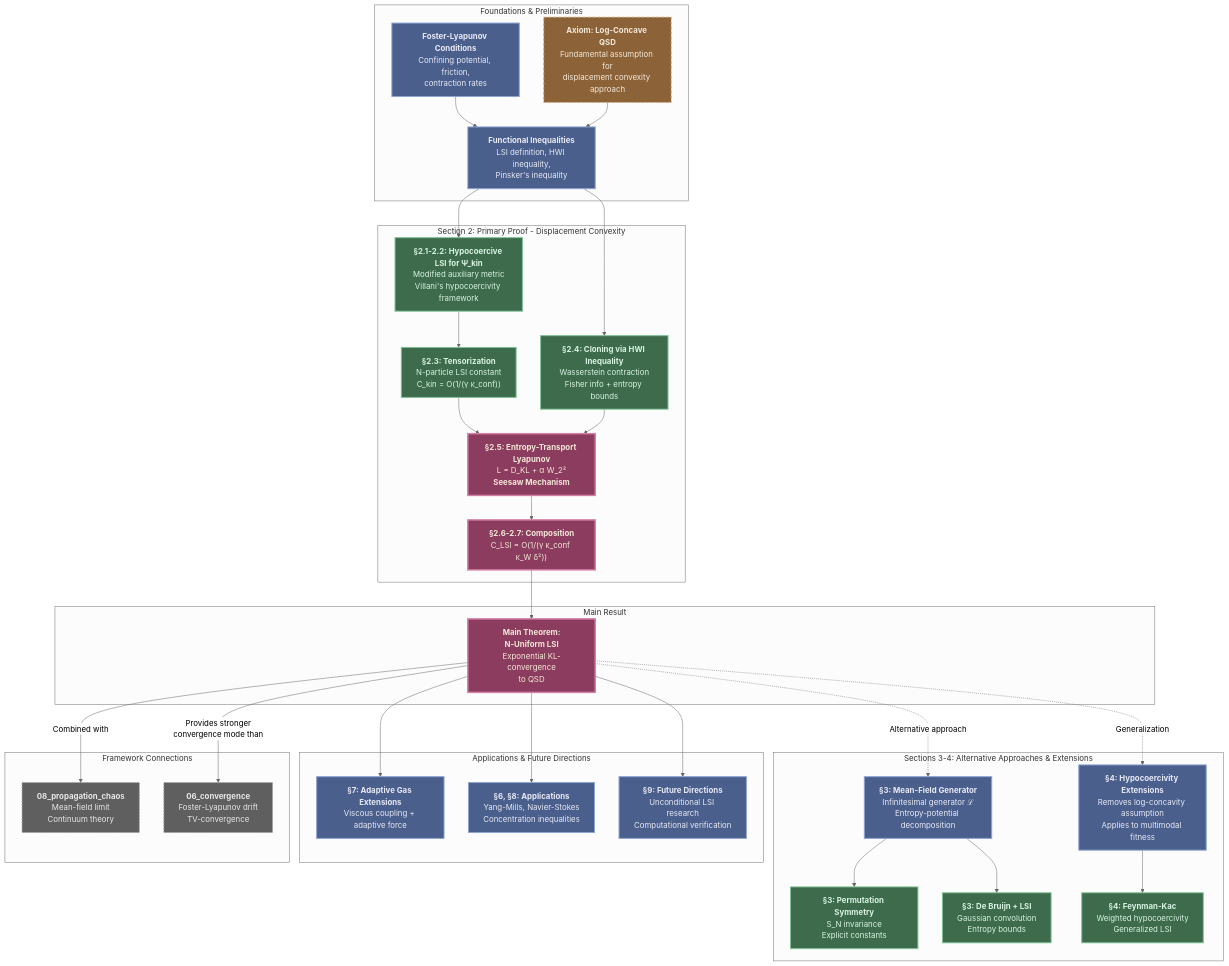
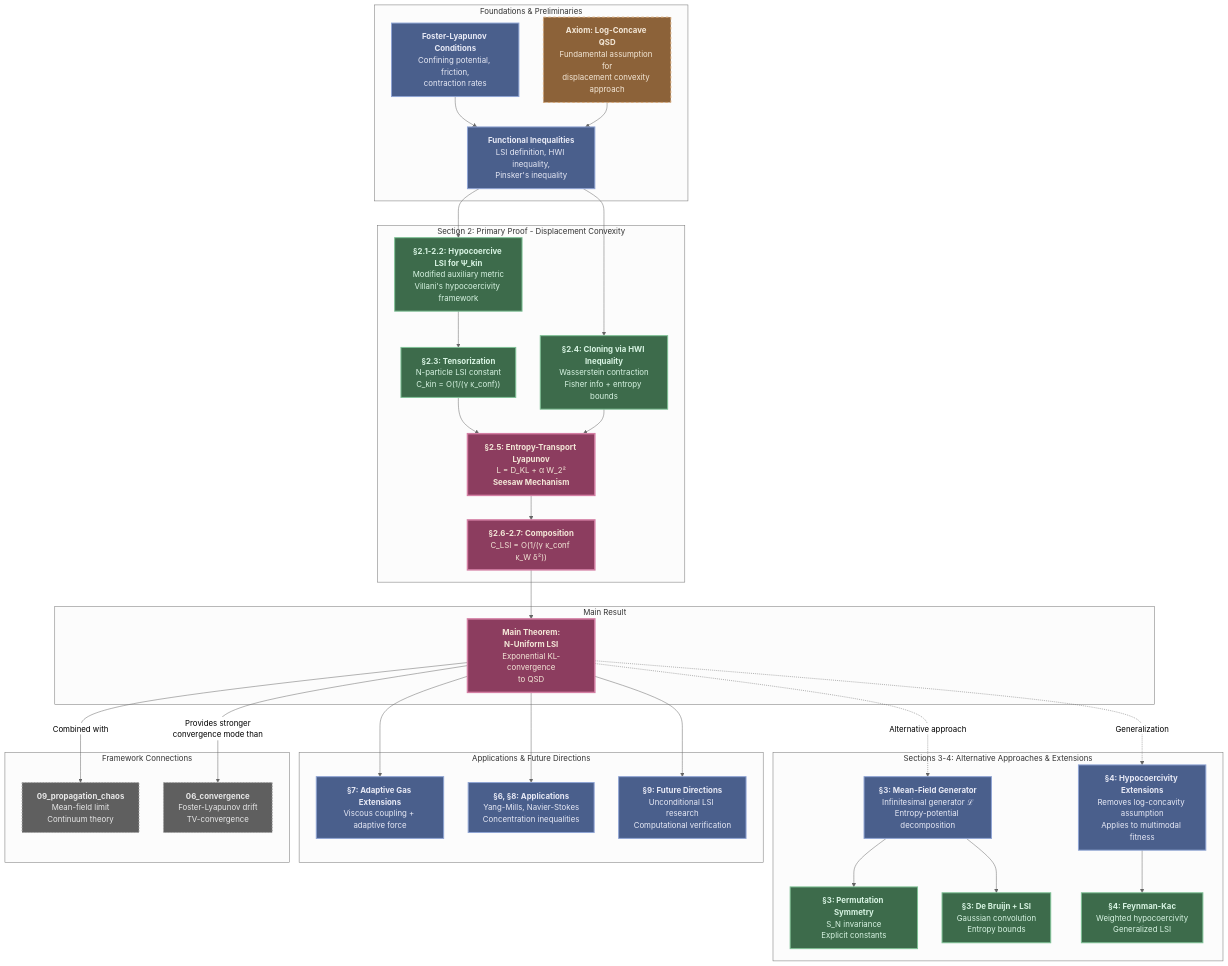
One commit to FragileTech/fragile changed the diagram in docs/source/3_fractal_gas/appendices/15_kl_convergence.md. Above: the diagram before and after it, drawn with Mermaid (neutral theme). The commit also changed other lines of this file and 29 other files, not shown here.

````diff
--- a/docs/source/3_fractal_gas/appendices/15_kl_convergence.md
+++ b/docs/source/3_fractal_gas/appendices/15_kl_convergence.md
@@ -69,69 +65,69 @@
 ```{mermaid}
 graph TD
     subgraph "Foundations & Preliminaries"
         A["<b>Axiom: Log-Concave QSD</b><br>Fundamental assumption for<br>displacement convexity approach"]:::axiomStyle
         B["<b>Foster-Lyapunov Conditions</b><br>Confining potential, friction,<br>contraction rates"]:::stateStyle
         C["<b>Functional Inequalities</b><br>LSI definition, HWI inequality,<br>Pinsker's inequality"]:::stateStyle
         B --> C
         A --> C
     end
 
     subgraph "Section 2: Primary Proof - Displacement Convexity"
         D["<b>§2.1-2.2: Hypocoercive LSI for Ψ_kin</b><br>Modified auxiliary metric<br>Villani's hypocoercivity framework"]:::lemmaStyle
         E["<b>§2.3: Tensorization</b><br>N-particle LSI constant<br>C_kin = O(1/(γ κ_conf))"]:::lemmaStyle
         F["<b>§2.4: Cloning via HWI Inequality</b><br>Wasserstein contraction<br>Fisher info + entropy bounds"]:::lemmaStyle
         G["<b>§2.5: Entropy-Transport Lyapunov</b><br>L = D_KL + α W_2²<br><b>Seesaw Mechanism</b>"]:::theoremStyle
         H["<b>§2.6-2.7: Composition</b><br>C_LSI = O(1/(γ κ_conf κ_W δ²))"]:::theoremStyle
 
         C --> D
         D --> E
         C --> F
         E --> G
         F --> G
         G --> H
     end
 
     subgraph "Main Result"
         MainResult["<b>Main Theorem:</b><br><b>N-Uniform LSI</b><br>Exponential KL-convergence<br>to QSD"]:::theoremStyle
         H --> MainResult
     end
 
     subgraph "Sections 3-4: Alternative Approaches & Extensions"
         I["<b>§3: Mean-Field Generator</b><br>Infinitesimal generator ℒ<br>Entropy-potential decomposition"]:::stateStyle
         J["<b>§3: Permutation Symmetry</b><br>S_N invariance<br>Explicit constants"]:::lemmaStyle
         K["<b>§3: De Bruijn + LSI</b><br>Gaussian convolution<br>Entropy bounds"]:::lemmaStyle
 
         M["<b>§4: Hypocoercivity Extensions</b><br>Removes log-concavity assumption<br>Applies to multimodal fitness"]:::stateStyle
         N["<b>§4: Feynman-Kac</b><br>Weighted hypocoercivity<br>Generalized LSI"]:::lemmaStyle
 
         MainResult -.->|"Alternative approach"| I
         MainResult -.->|"Generalization"| M
         I --> J
         I --> K
         M --> N
     end
 
     subgraph "Applications & Future Directions"
         P["<b>§7: Adaptive Gas Extensions</b><br>Viscous coupling + adaptive force"]:::stateStyle
         Q["<b>§6, §8: Applications</b><br>Yang-Mills, Navier-Stokes<br>Concentration inequalities"]:::stateStyle
         R["<b>§9: Future Directions</b><br>Unconditional LSI research<br>Computational verification"]:::stateStyle
 
         MainResult --> P
         MainResult --> Q
         MainResult --> R
     end
 
     subgraph "Framework Connections"
-        S["<b>08_propagation_chaos</b><br>Mean-field limit<br>Continuum theory"]:::externalStyle
+        S["<b>09_propagation_chaos</b><br>Mean-field limit<br>Continuum theory"]:::externalStyle
         T["<b>06_convergence</b><br>Foster-Lyapunov drift<br>TV-convergence"]:::externalStyle
     end
 
     MainResult --"Provides stronger<br>convergence mode than"--> T
     MainResult --"Combined with"--> S
 
     classDef stateStyle fill:#4a5f8c,stroke:#8fa4d4,stroke-width:2px,color:#e8eaf6
     classDef axiomStyle fill:#8c6239,stroke:#d4a574,stroke-width:2px,stroke-dasharray: 5 5,color:#f4e8d8
     classDef lemmaStyle fill:#3d6b4b,stroke:#7fc296,stroke-width:2px,color:#d8f4e3
     classDef theoremStyle fill:#8c3d5f,stroke:#d47fa4,stroke-width:3px,color:#f4e8d8
     classDef externalStyle fill:#5f5f5f,stroke:#a0a0a0,stroke-width:2px,stroke-dasharray: 3 3,color:#e8e8e8
 ```
````
